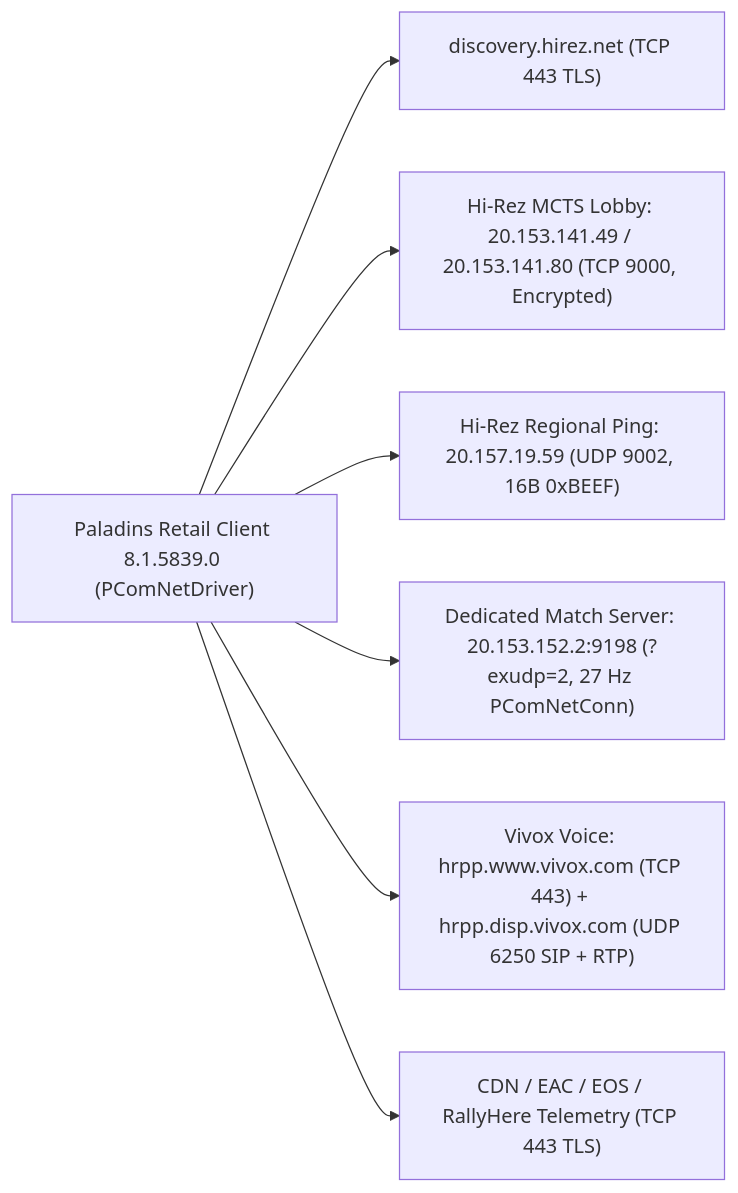
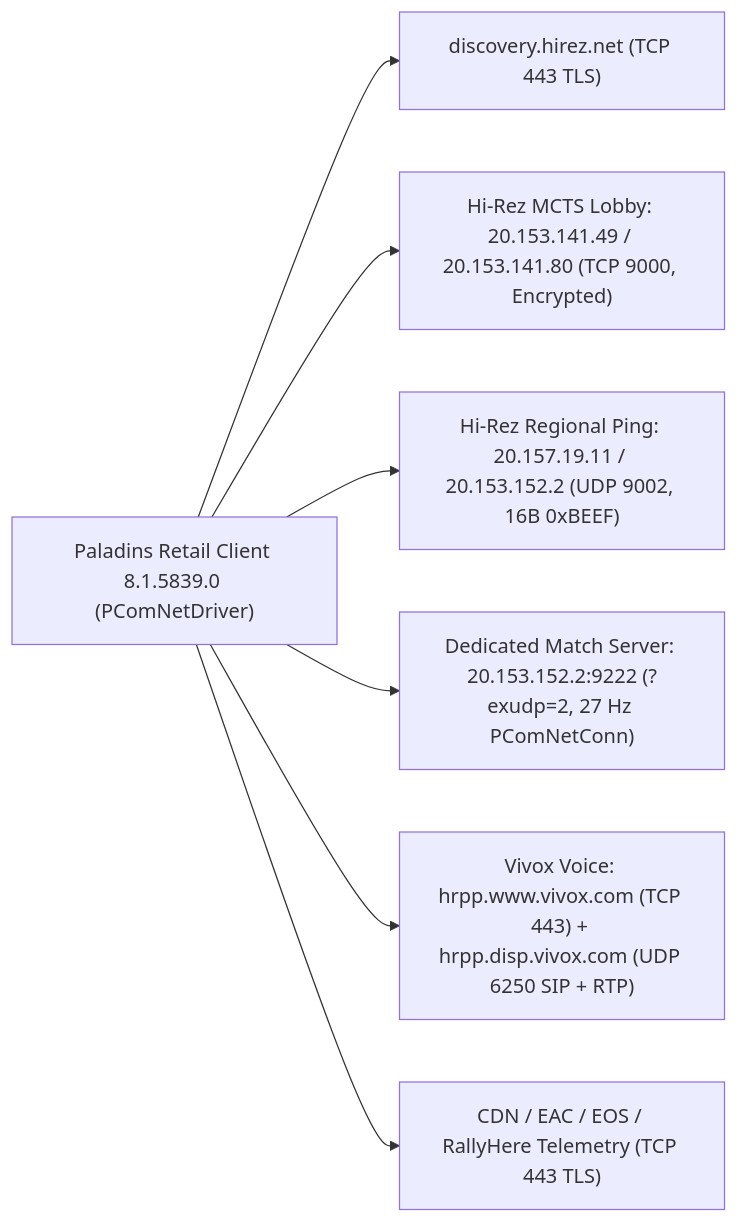
Before and after one commit to project-immortal/immortal: the diagram in docs/specs/RETAIL_CAPTURE_PLAN.md, drawn with Mermaid. The commit also changed other lines of this file, not shown here.

````diff
--- a/docs/specs/RETAIL_CAPTURE_PLAN.md
+++ b/docs/specs/RETAIL_CAPTURE_PLAN.md
@@ -38,17 +36,17 @@
 ```mermaid
 flowchart LR
     Client["Paladins Retail Client 8.1.5839.0 (PComNetDriver)"]
     Disc["discovery.hirez.net (TCP 443 TLS)"]
     MCTS["Hi-Rez MCTS Lobby: 20.153.141.49 / 20.153.141.80 (TCP 9000, Encrypted)"]
-    Ping["Hi-Rez Regional Ping: 20.157.19.59 (UDP 9002, 16B 0xBEEF)"]
-    GameSrv["Dedicated Match Server: 20.153.152.2:9198 (?exudp=2, 27 Hz PComNetConn)"]
+    Ping["Hi-Rez Regional Ping: 20.157.19.11 / 20.153.152.2 (UDP 9002, 16B 0xBEEF)"]
+    GameSrv["Dedicated Match Server: 20.153.152.2:9222 (?exudp=2, 27 Hz PComNetConn)"]
     Vivox["Vivox Voice: hrpp.www.vivox.com (TCP 443) + hrpp.disp.vivox.com (UDP 6250 SIP + RTP)"]
     Aux["CDN / EAC / EOS / RallyHere Telemetry (TCP 443 TLS)"]
 
     Client --> Disc
     Client --> MCTS
     Client --> Ping
     Client --> GameSrv
     Client --> Vivox
     Client --> Aux
 ```
````
